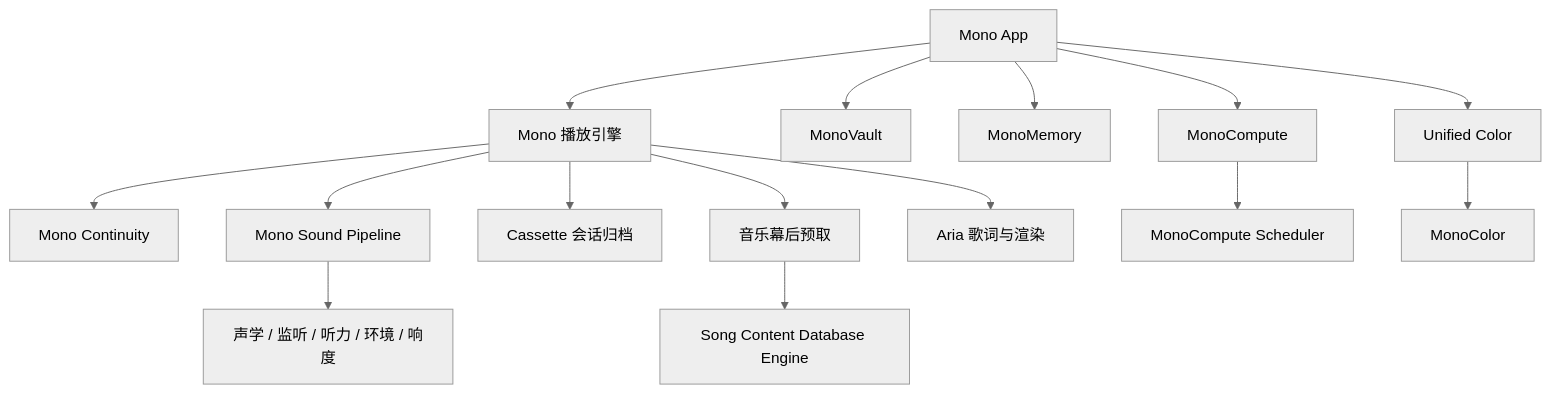
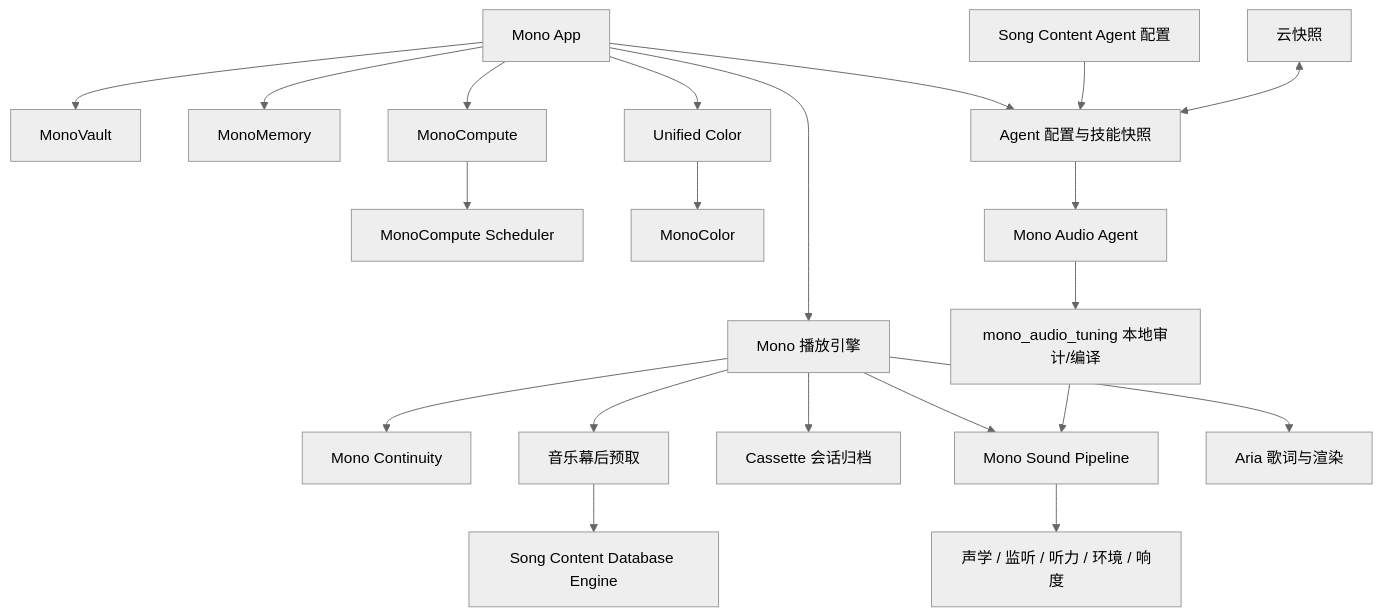
One commit to Lincb522/Aside-music changed the diagram in docs/architecture/mono-engine-catalog.md. Above: the diagram before and after it, drawn with Mermaid (neutral theme). The commit also changed other lines of this file and 547 other files, not shown here.

````diff
--- a/docs/architecture/mono-engine-catalog.md
+++ b/docs/architecture/mono-engine-catalog.md
@@ -198,17 +230,23 @@
 ```mermaid
 flowchart TD
     App["Mono App"] --> Playback["Mono 播放引擎"]
     Playback --> Continuity["Mono Continuity"]
     Playback --> Sound["Mono Sound Pipeline"]
     Playback --> Archive["Cassette 会话归档"]
     Playback --> Prefetch["音乐幕后预取"]
     App --> Vault["MonoVault"]
     App --> Memory["MonoMemory"]
     App --> Compute["MonoCompute"]
     Compute --> Scheduler["MonoCompute Scheduler"]
     App --> UnifiedColor["Unified Color"]
     UnifiedColor --> Color["MonoColor"]
     Sound --> Acoustic["声学 / 监听 / 听力 / 环境 / 响度"]
+    App --> AgentConfig["Agent 配置与技能快照"]
+    ServerConfig["Song Content Agent 配置"] --> AgentConfig
+    CloudSync["云快照"] <--> AgentConfig
+    AgentConfig --> AudioAgent["Mono Audio Agent"]
+    AudioAgent --> TuningTool["mono_audio_tuning 本地审计/编译"]
+    TuningTool --> Sound
     Playback --> Aria["Aria 歌词与渲染"]
     Prefetch --> ServerDB["Song Content Database Engine"]
 ```
````
